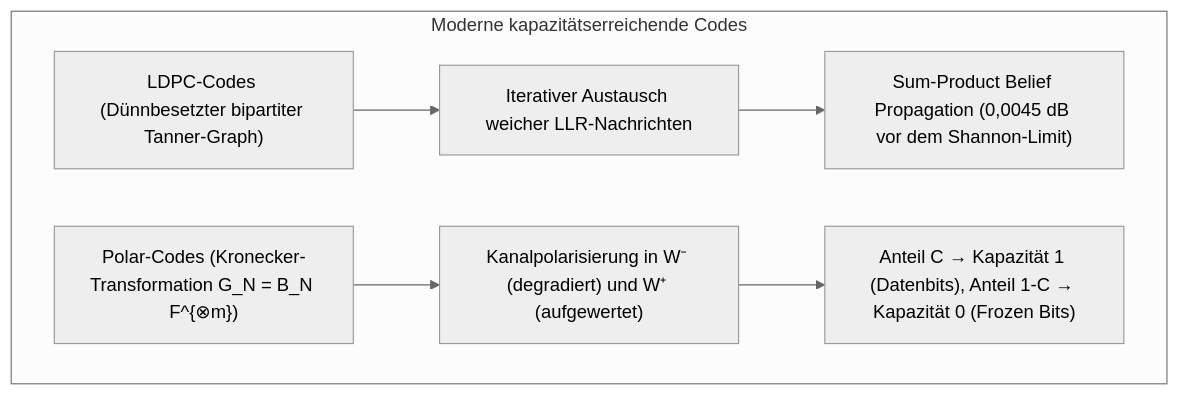
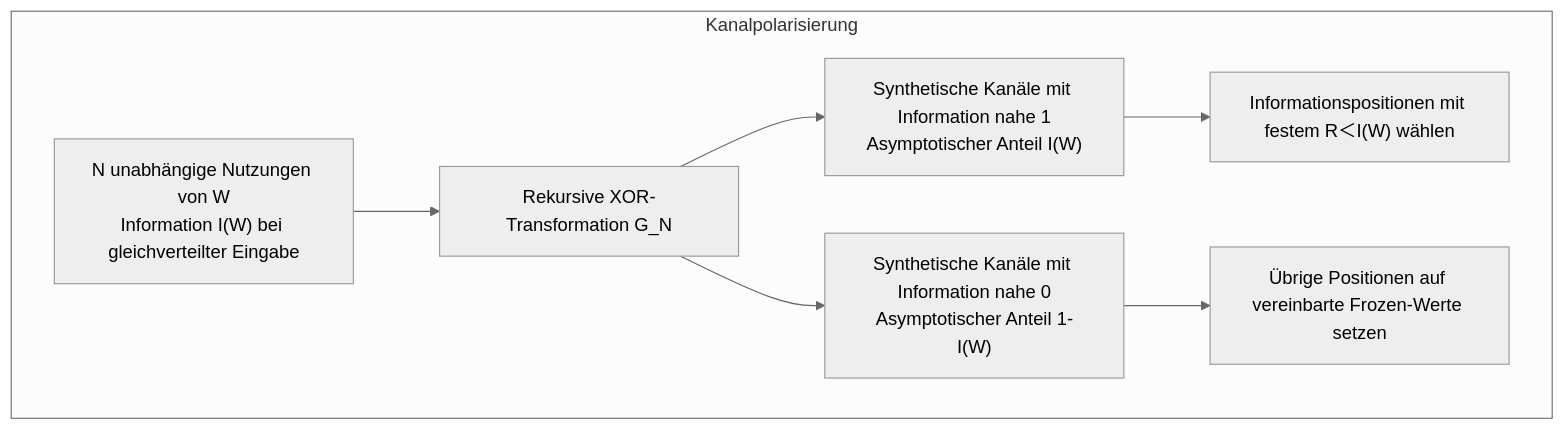
One commit to kenjinote/blog changed the fourth of 4 diagrams in content/post/error-correcting-codes-hamming-reed-solomon-ldpc-shannon-capacity-information-theory/index.de.md. Above: the diagram before and after it, drawn with Mermaid (neutral theme). The commit also changed other lines of this file and 14 other files, not shown here.

````diff
--- a/content/post/error-correcting-codes-hamming-reed-solomon-ldpc-shannon-capacity-information-theory/index.de.md
+++ b/content/post/error-correcting-codes-hamming-reed-solomon-ldpc-shannon-capacity-information-theory/index.de.md
@@ -140,9 +508,10 @@
 ```mermaid
 flowchart TD
-    subgraph Shannon["Moderne kapazitätserreichende Codes"]
-        L1["LDPC-Codes (Dünnbesetzter bipartiter Tanner-Graph)"] --> L2["Iterativer Austausch weicher LLR-Nachrichten"]
-        L2 --> L3["Sum-Product Belief Propagation (0,0045 dB vor dem Shannon-Limit)"]
-        P1["Polar-Codes (Kronecker-Transformation G_N = B_N F^{⊗m})"] --> P2["Kanalpolarisierung in W⁻ (degradiert) und W⁺ (aufgewertet)"]
-        P2 --> P3["Anteil C → Kapazität 1 (Datenbits), Anteil 1-C → Kapazität 0 (Frozen Bits)"]
+    subgraph Polar["Kanalpolarisierung"]
+        W["N unabhängige Nutzungen von W<br/>Information I(W) bei gleichverteilter Eingabe"] --> Kron["Rekursive XOR-Transformation G_N"]
+        Kron --> Good["Synthetische Kanäle mit Information nahe 1<br/>Asymptotischer Anteil I(W)"]
+        Kron --> Bad["Synthetische Kanäle mit Information nahe 0<br/>Asymptotischer Anteil 1-I(W)"]
+        Good --> Info["Informationspositionen mit festem R＜I(W) wählen"]
+        Bad --> Frozen["Übrige Positionen auf vereinbarte Frozen-Werte setzen"]
     end
 ```
````
